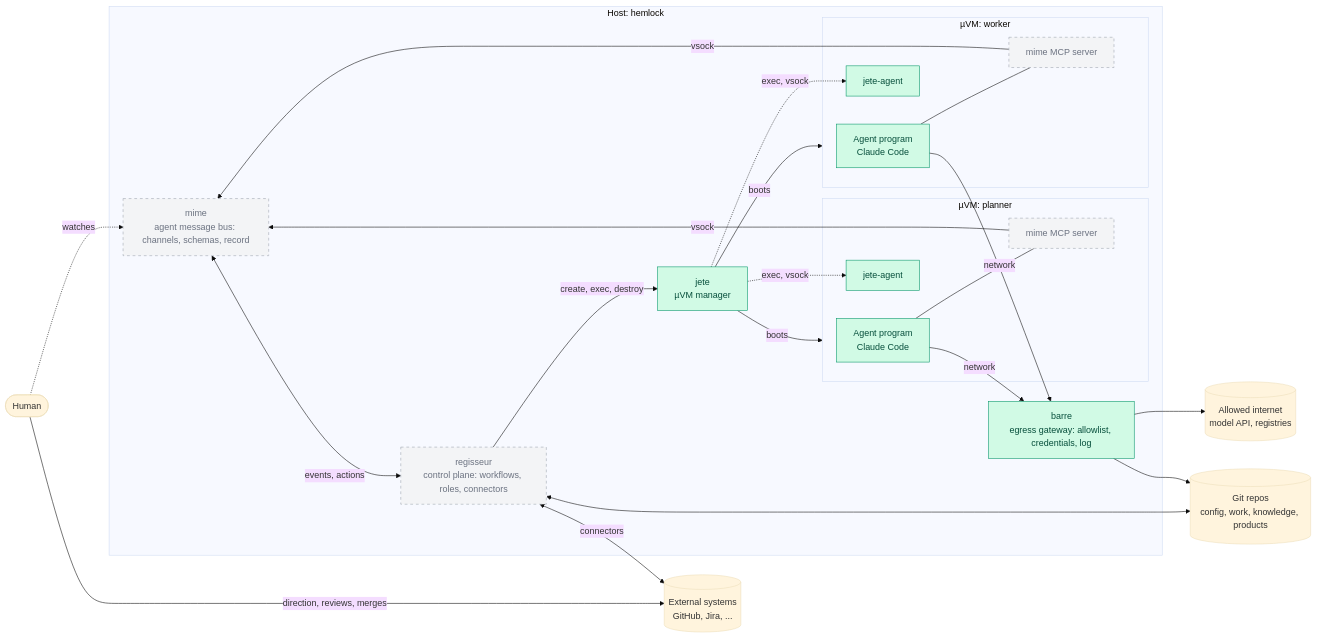
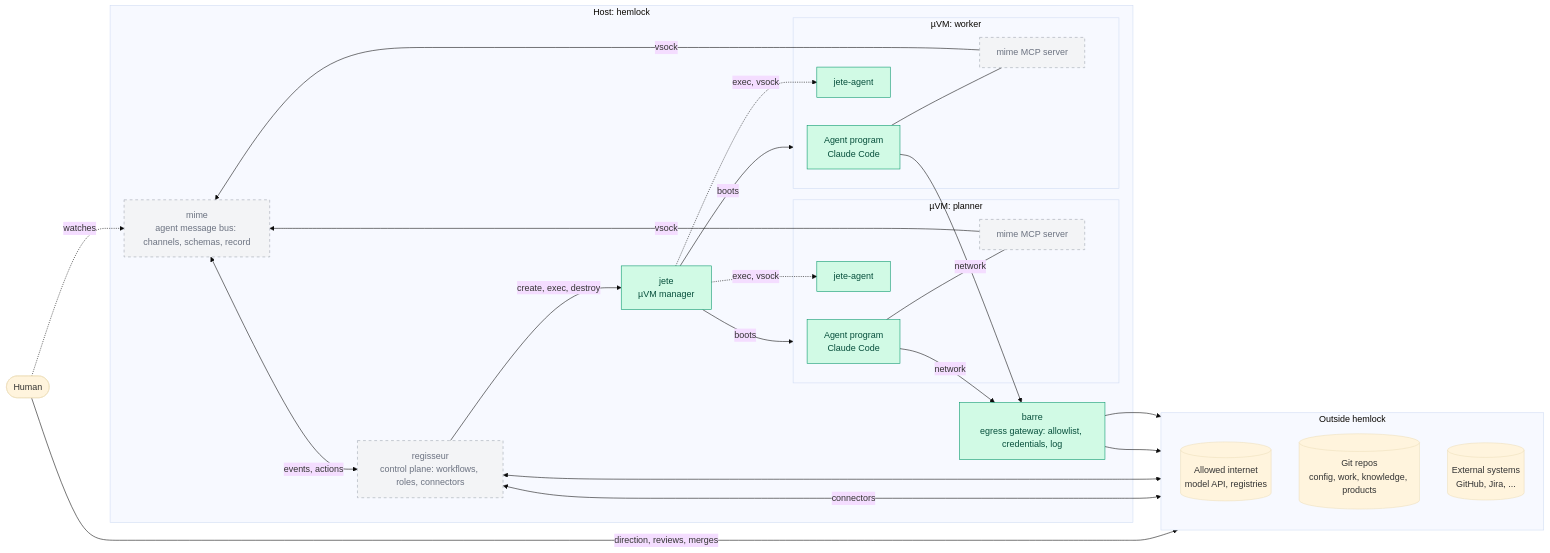
Before and after one commit to carloswestman/machinesdancing: the first of 4 diagrams in docs/talks/2026-11-machinesdancing/slides.md, drawn with Mermaid (base theme).

Commit message:
talk: stack the outside systems in one column in the big picture

````diff
--- a/docs/talks/2026-11-machinesdancing/slides.md
+++ b/docs/talks/2026-11-machinesdancing/slides.md
@@ -178,39 +178,42 @@
 ```mermaid
 flowchart LR
     human([Human])
-    ext[(External systems<br/>GitHub, Jira, ...)]
-    repos[(Git repos<br/>config, work, knowledge, products)]
-    internet[(Allowed internet<br/>model API, registries)]
+    subgraph outside[Outside hemlock]
+        direction TB
+        internet[(Allowed internet<br/>model API, registries)]
+        repos[(Git repos<br/>config, work, knowledge, products)]
+        ext[(External systems<br/>GitHub, Jira, ...)]
+    end
 
     subgraph host[Host: hemlock]
         cp[regisseur<br/>control plane: workflows, roles, connectors]
         bus[mime<br/>agent message bus: channels, schemas, record]
         gw[barre<br/>egress gateway: allowlist, credentials, log]
         jete[jete<br/>µVM manager]
         subgraph vm1[µVM: planner]
             a1[Agent program<br/>Claude Code] --- s1[mime MCP server]
             j1[jete-agent]
         end
         subgraph vm2[µVM: worker]
             a2[Agent program<br/>Claude Code] --- s2[mime MCP server]
             j2[jete-agent]
         end
     end
 
     human -- direction, reviews, merges --> ext
     human -. watches .-> bus
     cp -- create, exec, destroy --> jete
     jete -- boots --> vm1 & vm2
     jete -. exec, vsock .-> j1 & j2
     s1 & s2 -- vsock --> bus
     bus <-- events, actions --> cp
     cp <-- connectors --> ext
     cp <--> repos
     a1 & a2 -- network --> gw
     gw --> internet & repos
 
     classDef built fill:#d1fae5,stroke:#059669,color:#064e3b
     classDef planned fill:#f3f4f6,stroke:#9ca3af,stroke-dasharray:5 5,color:#6b7280
     class jete,gw,a1,a2,j1,j2 built
     class cp,bus,s1,s2 planned
 ```
````
